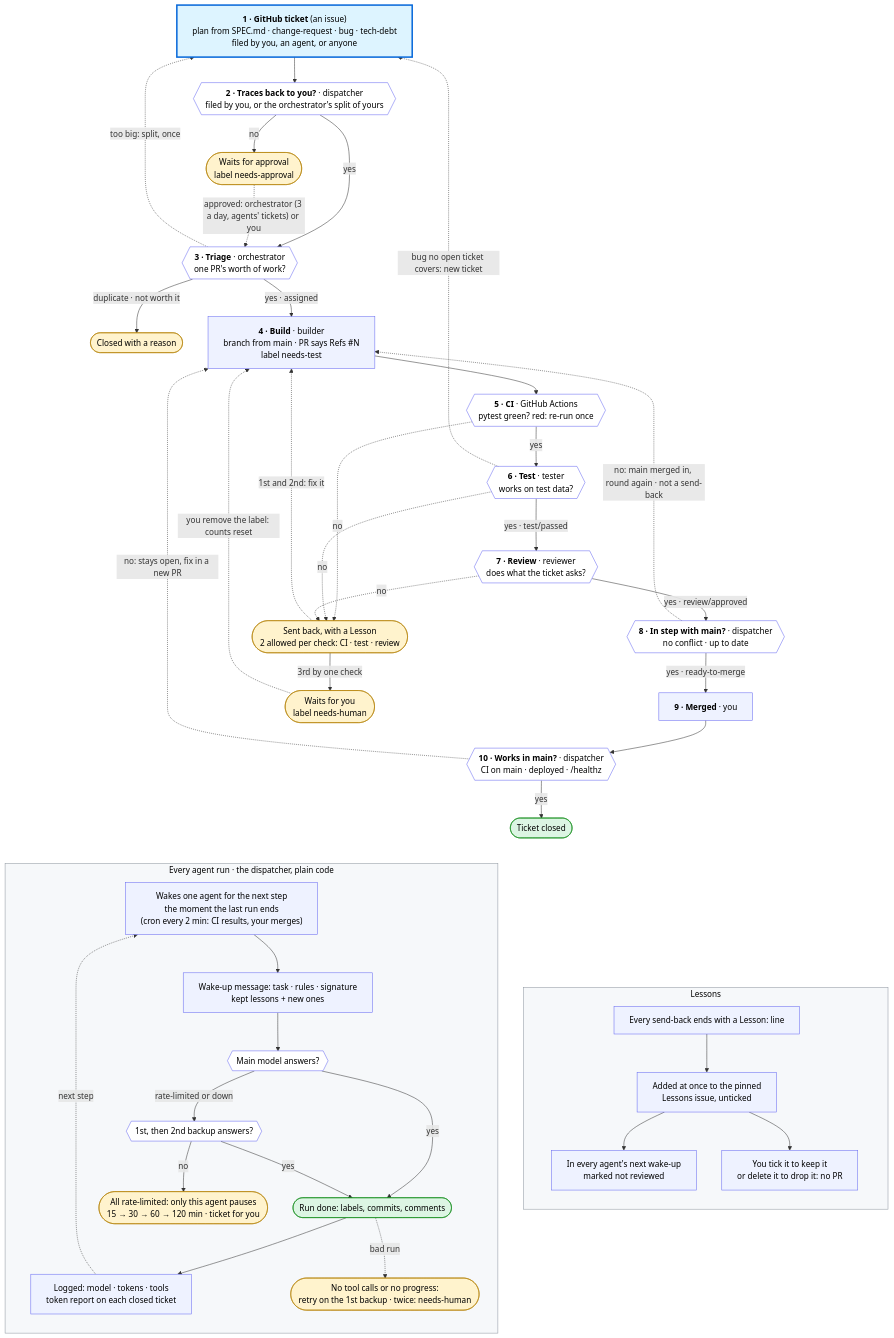
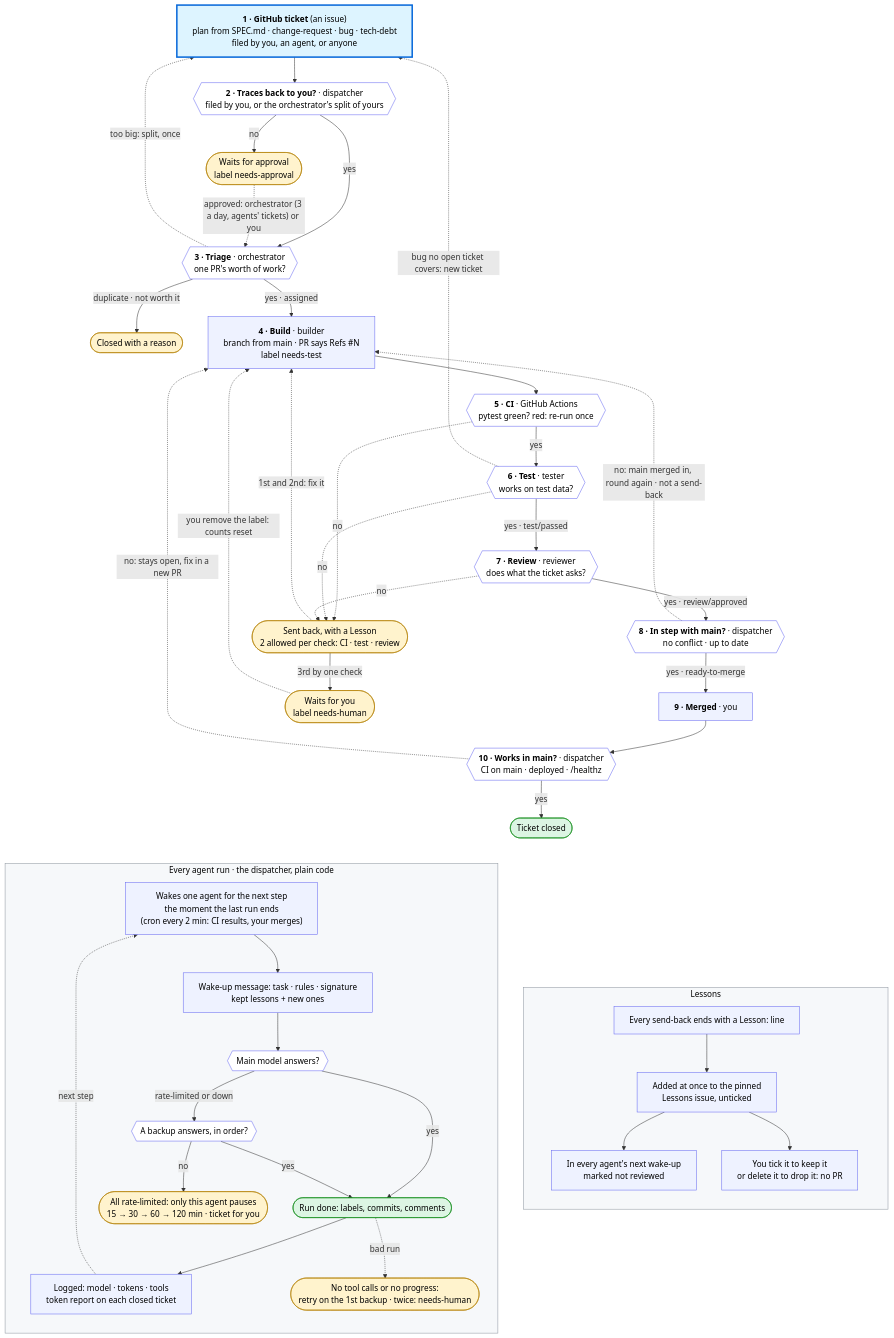
Before and after one commit to nikhil-kunapareddy/daily-briefing: the diagram in agents/WORKFLOW.md, drawn with Mermaid. The commit also changed other lines of this file and 6 other files, not shown here.

```diff
--- a/agents/WORKFLOW.md
+++ b/agents/WORKFLOW.md
@@ -58,7 +58,7 @@
     K["Wakes one agent for the next step<br/>the moment the last run ends<br/>(cron every 2 min: CI results, your merges)"]
     P["Wake-up message: task · rules · signature<br/>kept lessons + new ones"]
     MO{{"Main model answers?"}}
-    BK{{"1st, then 2nd backup answers?"}}
+    BK{{"A backup answers, in order?"}}
     DN(["Run done: labels, commits, comments"])
     LG["Logged: model · tokens · tools<br/>token report on each closed ticket"]
     RL(["All rate-limited: only this agent pauses<br/>15 → 30 → 60 → 120 min · ticket for you"])
```
